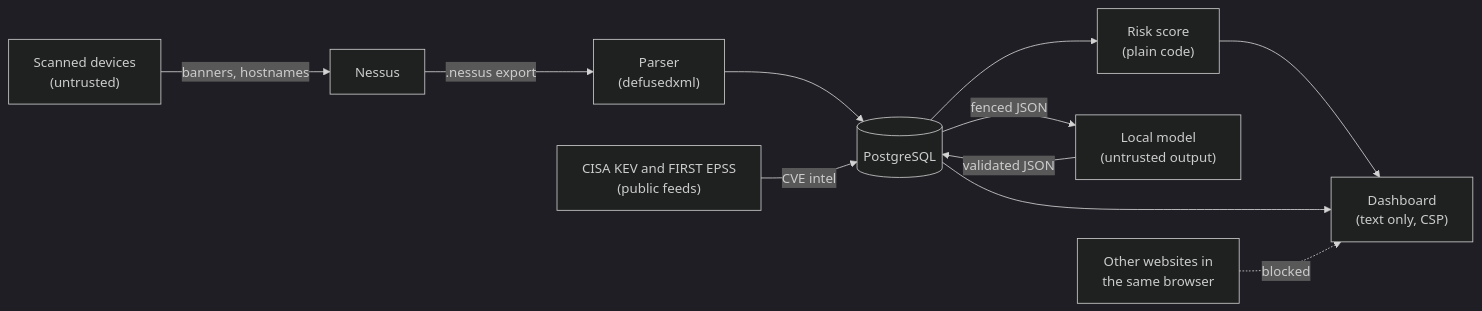
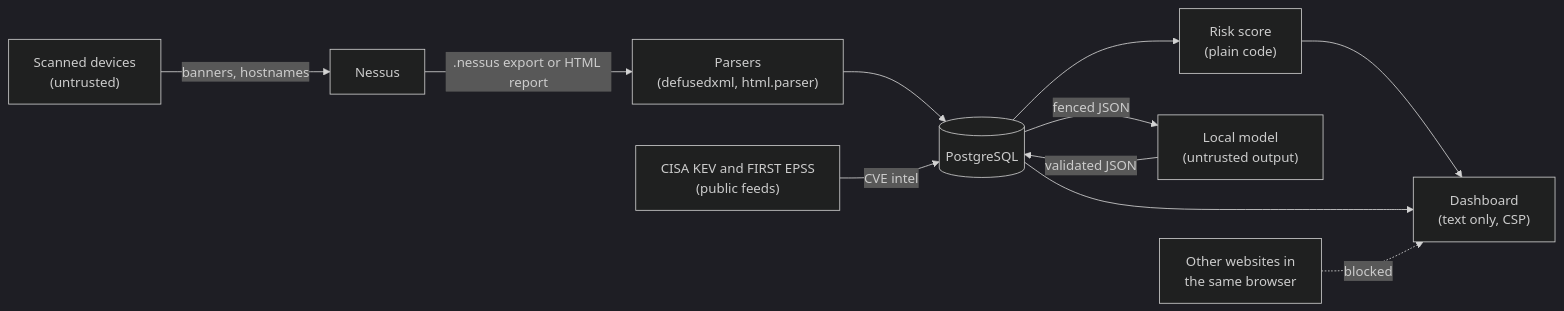
Before and after one commit to oskker/homelab-vuln-dashboard: the diagram in docs/threat-model.md, drawn with Mermaid (dark theme). The commit also changed other lines of this file and 9 other files, not shown here.

Commit message:
Add import for Nessus HTML reports

````diff
--- a/docs/threat-model.md
+++ b/docs/threat-model.md
@@ -17,13 +17,13 @@
 ```mermaid
 flowchart LR
     devices["Scanned devices<br/>(untrusted)"] -->|banners, hostnames| scanner["Nessus"]
-    scanner -->|.nessus export| parser["Parser<br/>(defusedxml)"]
+    scanner -->|.nessus export or HTML report| parser["Parsers<br/>(defusedxml, html.parser)"]
     parser --> db[("PostgreSQL")]
     feeds["CISA KEV and FIRST EPSS<br/>(public feeds)"] -->|CVE intel| db
     db --> score["Risk score<br/>(plain code)"]
     db -->|fenced JSON| model["Local model<br/>(untrusted output)"]
     model -->|validated JSON| db
     score --> ui["Dashboard<br/>(text only, CSP)"]
     db --> ui
     browser["Other websites in<br/>the same browser"] -.->|blocked| ui
 ```
````
